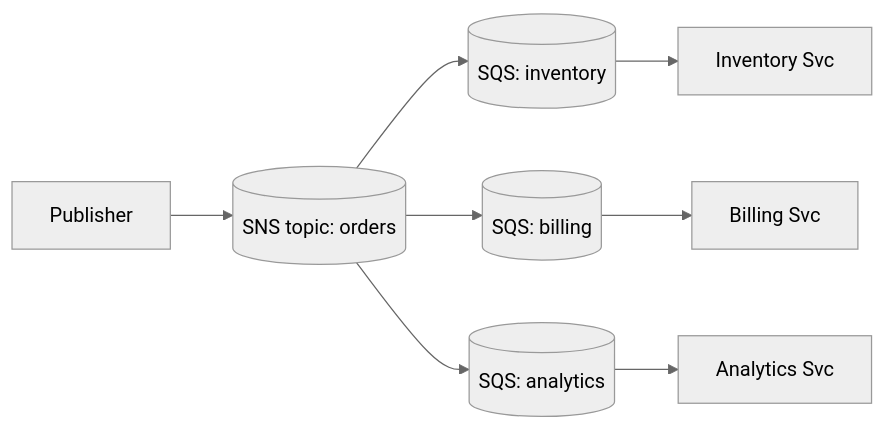
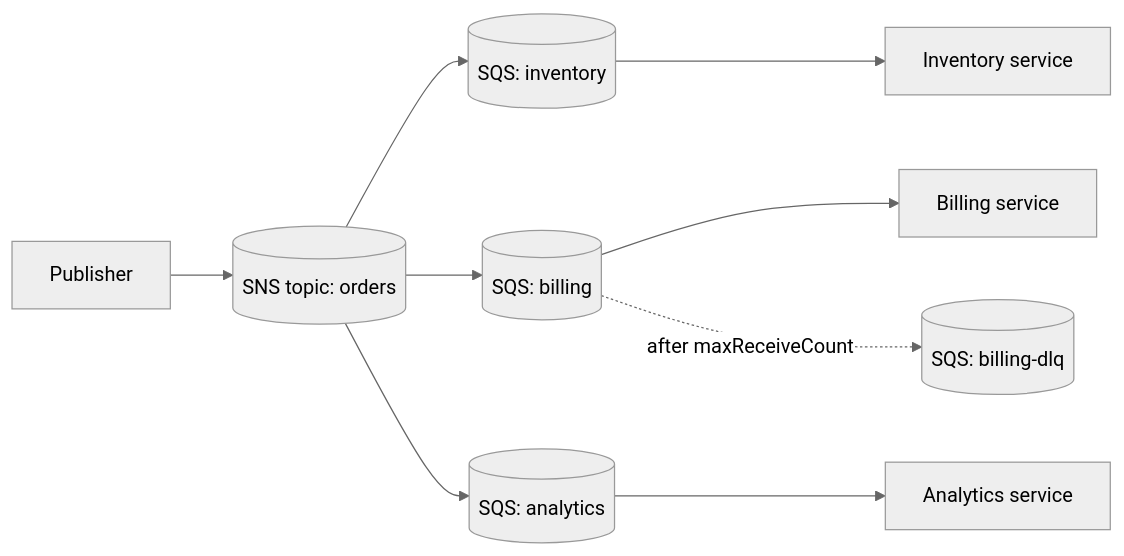
One commit to AndrewAltimit/Documentation changed the seventh of 9 diagrams in github-pages/docs/event-driven/message-brokers.md. Above: the diagram before and after it, drawn with Mermaid (neutral theme). The commit also changed other lines of this file and 240 other files, not shown here.

````diff
--- a/github-pages/docs/event-driven/message-brokers.md
+++ b/github-pages/docs/event-driven/message-brokers.md
@@ -326,10 +424,11 @@
 ```mermaid
 flowchart LR
     Pub["Publisher"] --> SNS[("SNS topic: orders")]
     SNS --> Q1[("SQS: inventory")]
     SNS --> Q2[("SQS: billing")]
     SNS --> Q3[("SQS: analytics")]
-    Q1 --> S1["Inventory Svc"]
-    Q2 --> S2["Billing Svc"]
-    Q3 --> S3["Analytics Svc"]
+    Q1 --> S1["Inventory service"]
+    Q2 --> S2["Billing service"]
+    Q3 --> S3["Analytics service"]
+    Q2 -. "after maxReceiveCount" .-> DLQ[("SQS: billing-dlq")]
 ```
````
